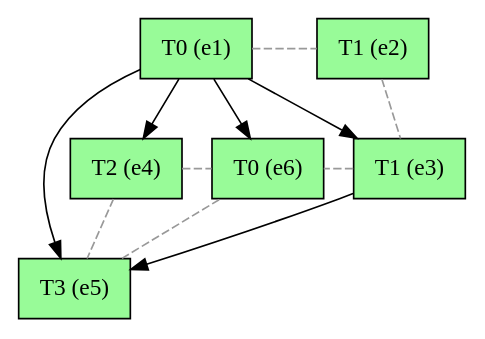
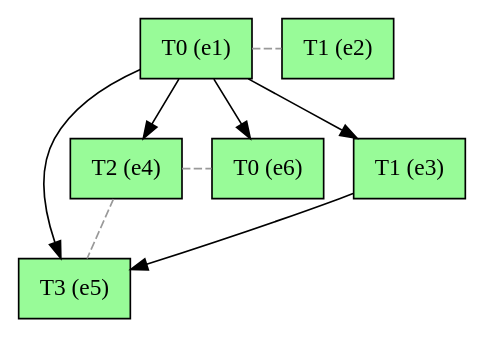
Before and after one commit to giannkas/ecofolder: the diagram in examples/small_eg.dot, drawn with Graphviz. The commit also changed 8 other files, not shown here.

Commit message:
A better version of immediate conflict implemented. Previous one was modifying elements in the conflicts matrix and then reading from it which caused some direct conflicts to remain in the graph representation. No segmentation fault found!

```diff
--- a/examples/small_eg.dot
+++ b/examples/small_eg.dot
@@ -1,22 +1,19 @@
 digraph test {
   e1 -> e5;
   e1 -> e4;
   e1 -> e6;
   e1 -> e3;
   e3 -> e5;
 
 //conflicts
-  e2 -> e3 [arrowhead=none color=gray60 style=dashed constraint=false];
   e1 -> e2 [arrowhead=none color=gray60 style=dashed constraint=false];
   e4 -> e5 [arrowhead=none color=gray60 style=dashed constraint=false];
   e4 -> e6 [arrowhead=none color=gray60 style=dashed constraint=false];
-  e5 -> e6 [arrowhead=none color=gray60 style=dashed constraint=false];
-  e3 -> e6 [arrowhead=none color=gray60 style=dashed constraint=false];
 
   e1 [fillcolor=palegreen label="T0 (e1)" shape=box style=filled];
   e2 [fillcolor=palegreen label="T1 (e2)" shape=box style=filled];
   e3 [fillcolor=palegreen label="T1 (e3)" shape=box style=filled];
   e4 [fillcolor=palegreen label="T2 (e4)" shape=box style=filled];
   e5 [fillcolor=palegreen label="T3 (e5)" shape=box style=filled];
   e6 [fillcolor=palegreen label="T0 (e6)" shape=box style=filled];
 }
```
